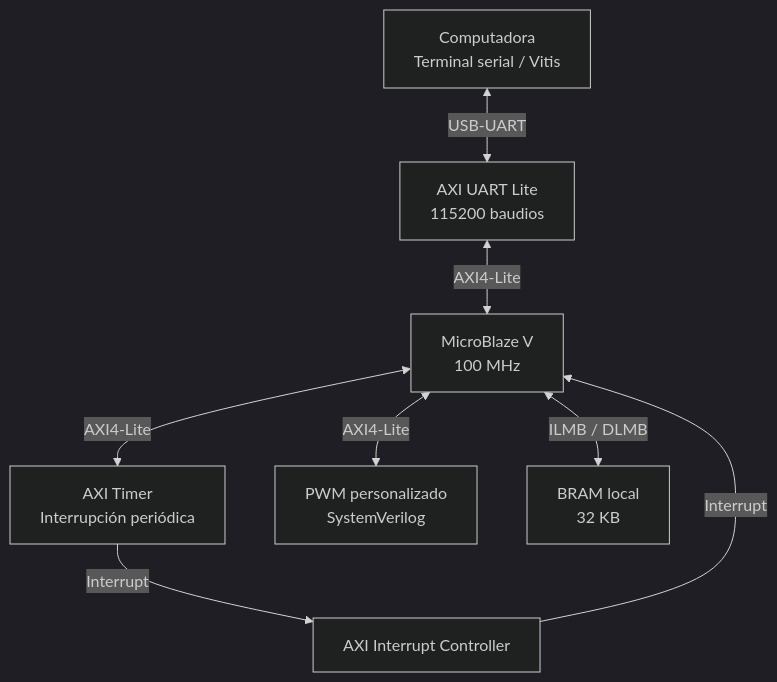
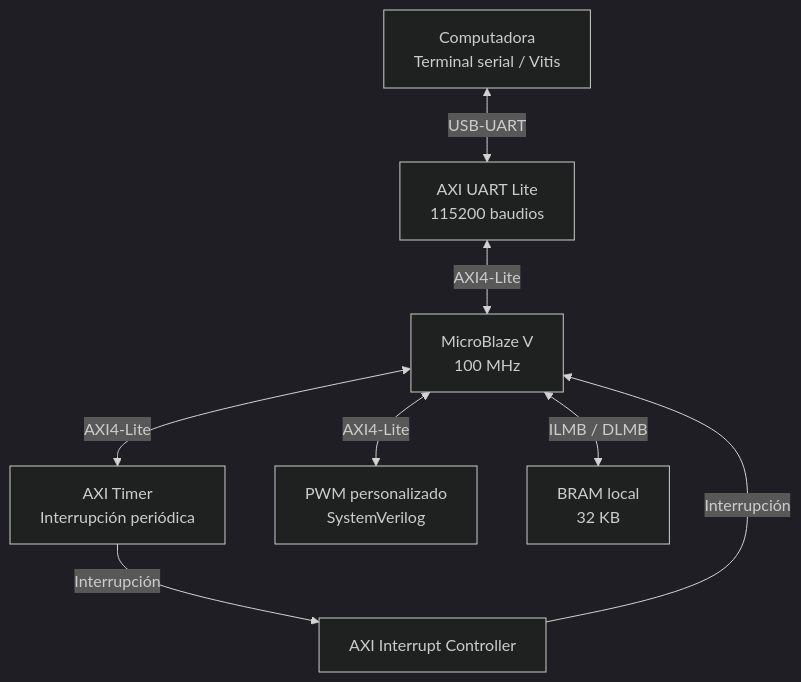
One commit to ee-herrerar/EL3313-Proyecto-4 changed the second of 3 diagrams in docs/diseno/diseno.md. Above: the diagram before and after it, drawn with Mermaid (dark theme). The commit also changed other lines of this file, not shown here.

````diff
--- a/docs/diseno/diseno.md
+++ b/docs/diseno/diseno.md
@@ -111,18 +127,18 @@
 ```mermaid
 flowchart TD
     PC["Computadora<br/>Terminal serial / Vitis"]
     UART["AXI UART Lite<br/>115200 baudios"]
     CPU["MicroBlaze V<br/>100 MHz"]
     TIMER["AXI Timer<br/>Interrupción periódica"]
     INTC["AXI Interrupt Controller"]
     PWM["PWM personalizado<br/>SystemVerilog"]
     BRAM["BRAM local<br/>32 KB"]
 
     PC <-->|USB-UART| UART
     UART <-->|AXI4-Lite| CPU
     CPU <-->|ILMB / DLMB| BRAM
     CPU <-->|AXI4-Lite| TIMER
-    TIMER -->|Interrupt| INTC
-    INTC -->|Interrupt| CPU
+    TIMER -->|Interrupción| INTC
+    INTC -->|Interrupción| CPU
     CPU <-->|AXI4-Lite| PWM
 ```
````
